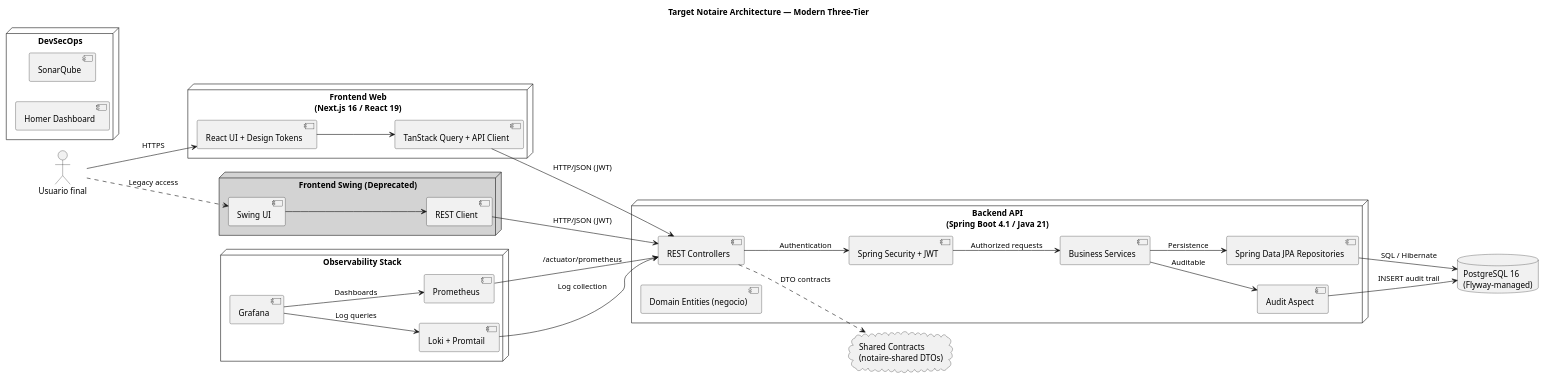
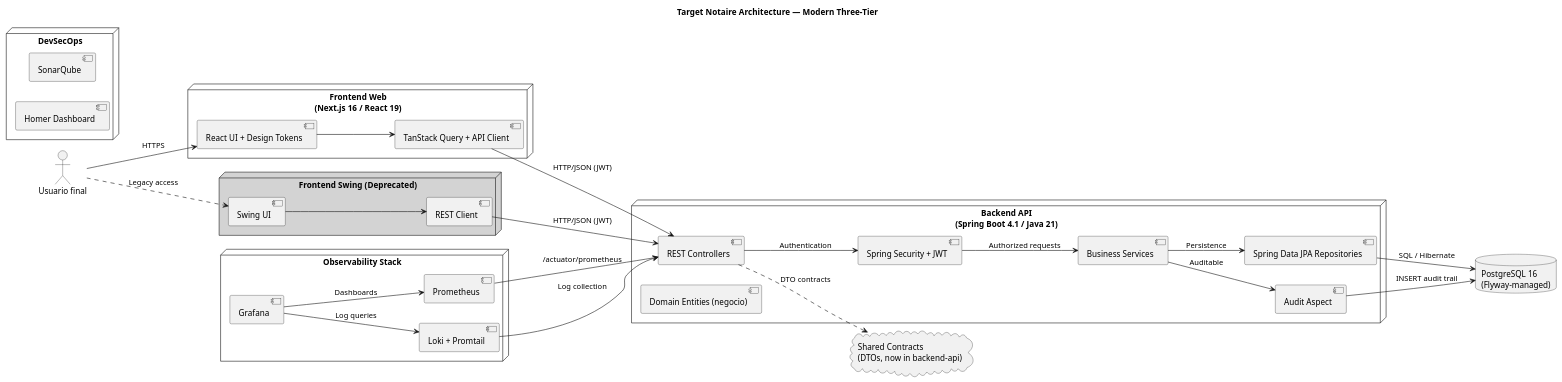
The diagram in docs/200-architecture/204-diagrams/architecture-target.puml (matiaspakua/notaire), drawn with PlantUML before and after one commit. The commit also changed 24 other files, not shown here.

First line of the commit message:
docs(architecture): record the retirement of notaire-shared (ADR-024)

```diff
--- a/docs/200-architecture/204-diagrams/architecture-target.puml
+++ b/docs/200-architecture/204-diagrams/architecture-target.puml
@@ -1,61 +1,61 @@
 @startuml
 title Target Notaire Architecture — Modern Three-Tier
 left to right direction
 
 actor "Usuario final" as User
 
 node "Frontend Web\n(Next.js 16 / React 19)" {
   [React UI + Design Tokens] as WebUI
   [TanStack Query + API Client] as WebClient
 }
 
 node "Frontend Swing (Deprecated)" #LightGray {
   [Swing UI] as SwingUI
   [REST Client] as SwingClient
 }
 
 node "Backend API\n(Spring Boot 4.1 / Java 21)" {
   [REST Controllers] as API
   [Spring Security + JWT] as Sec
   [Business Services] as Svc
   [Spring Data JPA Repositories] as Repo
   [Domain Entities (negocio)] as Domain
   [Audit Aspect] as Audit
 }
 
 database "PostgreSQL 16\n(Flyway-managed)" as Postgres
-cloud "Shared Contracts\n(notaire-shared DTOs)" as Shared
+cloud "Shared Contracts\n(DTOs, now in backend-api)" as Shared
 
 node "Observability Stack" {
   [Prometheus] as Prom
   [Grafana] as Graf
   [Loki + Promtail] as Loki
 }
 
 node "DevSecOps" {
   [SonarQube] as Sonar
   [Homer Dashboard] as Homer
 }
 
 User --> WebUI : HTTPS
 WebUI --> WebClient
 WebClient --> API : HTTP/JSON (JWT)
 
 User ..> SwingUI : Legacy access
 SwingUI --> SwingClient
 SwingClient --> API : HTTP/JSON (JWT)
 
 API --> Sec : Authentication
 Sec --> Svc : Authorized requests
 Svc --> Repo : Persistence
 Repo --> Postgres : SQL / Hibernate
 Svc --> Audit : Auditable
 Audit --> Postgres : INSERT audit trail
 
 API ..> Shared : DTO contracts
 
 Prom --> API : /actuator/prometheus
 Loki --> API : Log collection
 Graf --> Prom : Dashboards
 Graf --> Loki : Log queries
 @enduml
```
